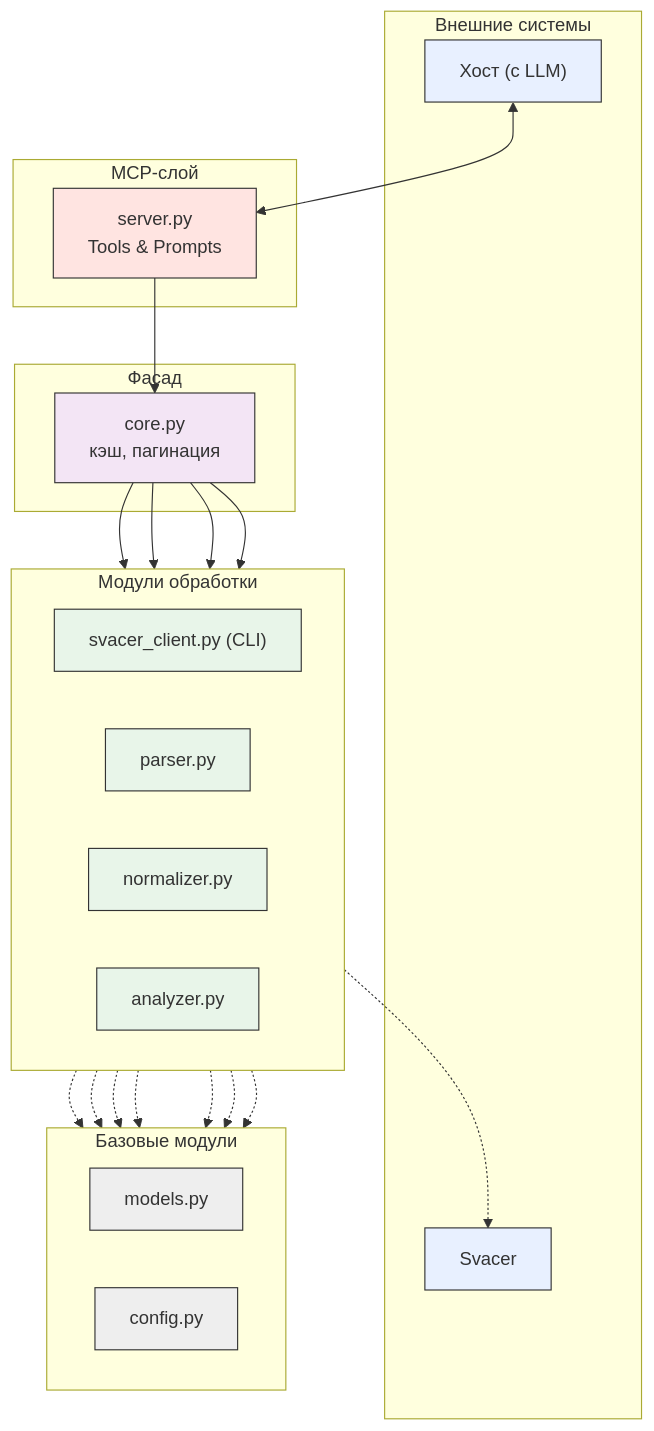
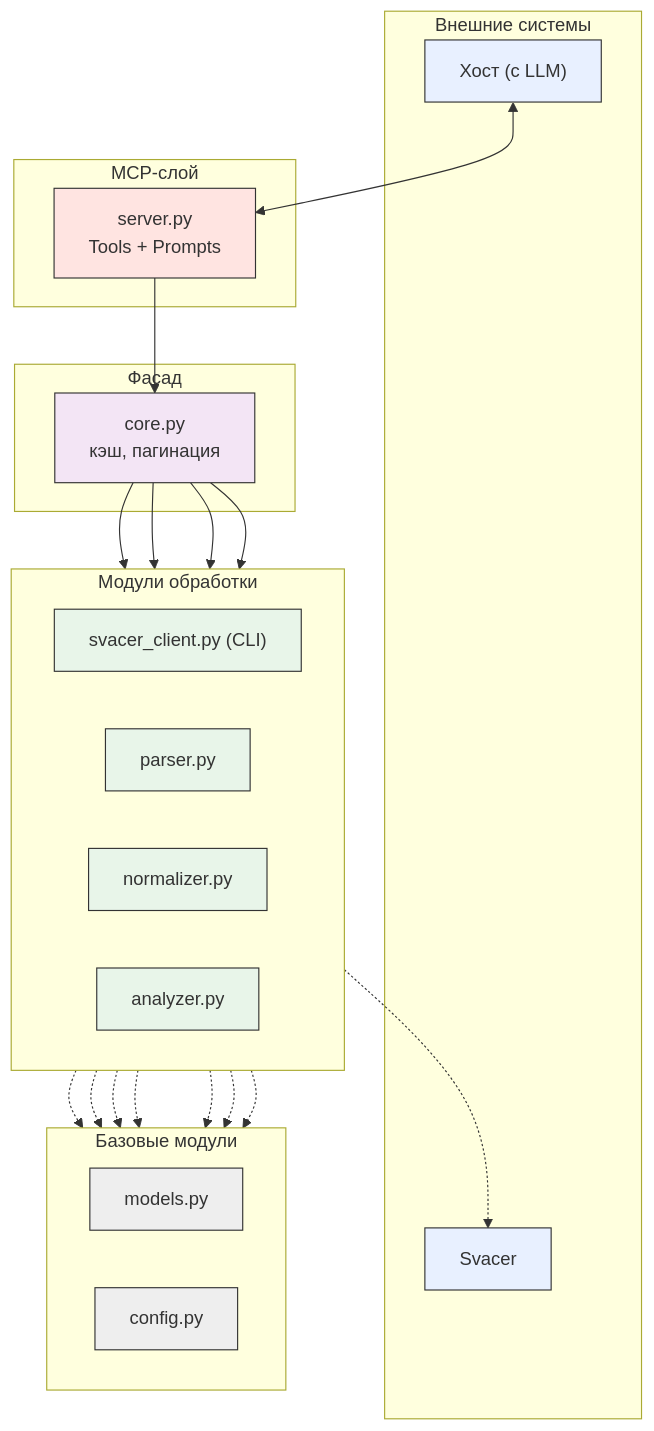
Before and after one commit to Otto-7/mcp: the second of 2 diagrams in docs/architecture.md, drawn with Mermaid.

Commit message:
Fix typo in architecture.md for Tools & Prompts

````diff
--- a/docs/architecture.md
+++ b/docs/architecture.md
@@ -59,61 +59,61 @@
 ```mermaid
 flowchart TD
     subgraph External ["Внешние системы"]
         Host["Хост (с LLM)"]
         Svacer["Svacer"]
     end
 
     subgraph MCP ["MCP-слой"]
-        S["server.py<br/>Tools & Prompts"]
+        S["server.py<br/>Tools + Prompts"]
     end
 
     subgraph Logic ["Фасад"]
         C["core.py<br/>кэш, пагинация"]
     end
 
     subgraph Processing ["Модули обработки"]
         direction LR
         SC["svacer_client.py (CLI)"]
         P["parser.py"]
         N["normalizer.py"]
         A["analyzer.py"]
     end
 
     subgraph Base ["Базовые модули"]
         direction LR
         M["models.py"]
         CFG["config.py"]
     end
 
     %% Связи
     Host <--> S
     SC -.-> Svacer
     
     S --> C
     C --> SC
     C --> P
     C --> N
     C --> A
     
     P -.-> M
     N -.-> M
     A -.-> M
     
     SC -.-> CFG
     P -.-> CFG
     N -.-> CFG
     A -.-> CFG
 
     %% Стили
     classDef ext fill:#e8f0ff,stroke:#333
     classDef mcp fill:#ffe4e1,stroke:#333
     classDef logic fill:#f3e5f5,stroke:#333
     classDef proc fill:#e8f5e9,stroke:#333
     classDef base fill:#eeeeee,stroke:#333
 
     class Host,Svacer ext
     class S mcp
     class C logic
     class SC,P,N,A proc
     class M,CFG base
 ```
````
